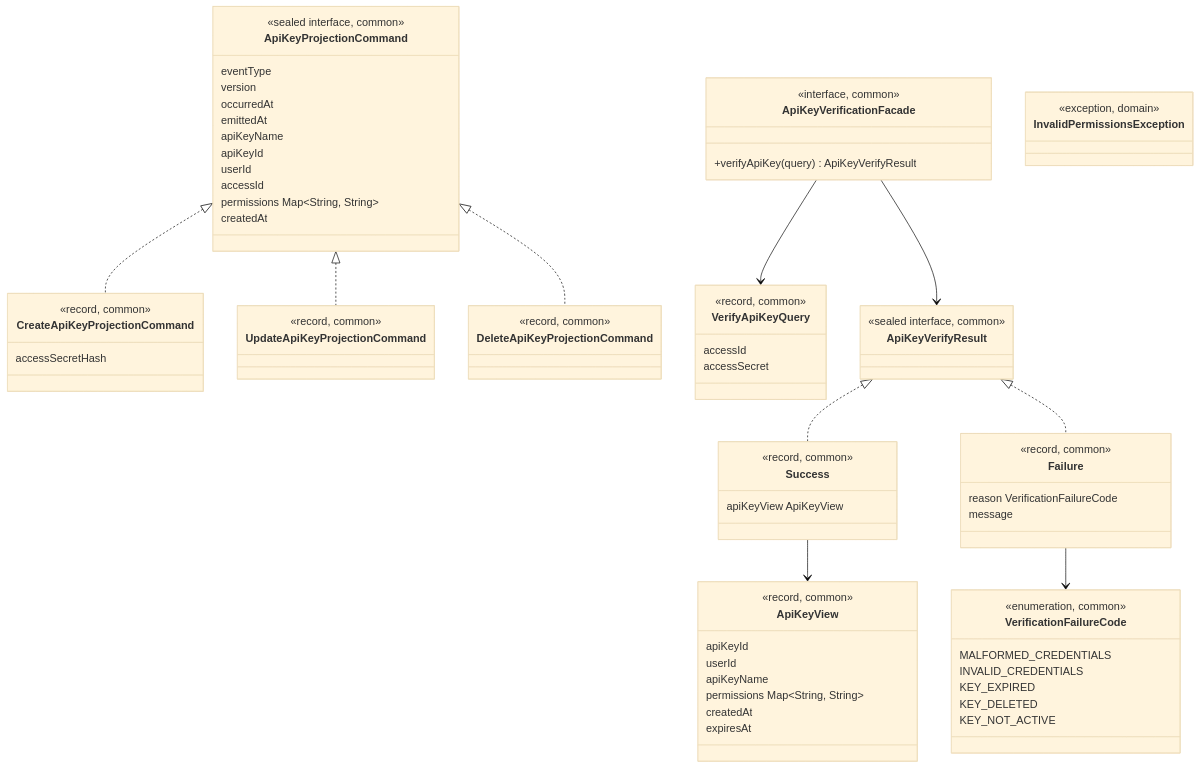
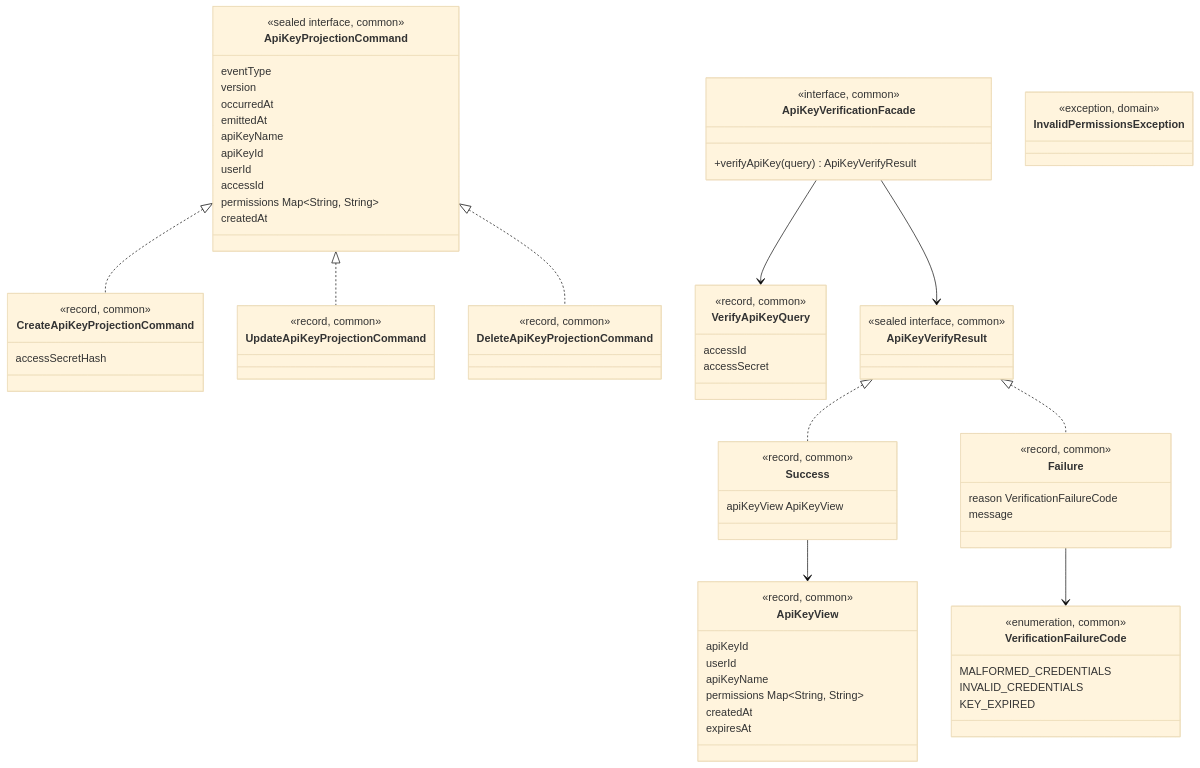
One commit to Dhiren9939/HQ-Tier0 changed the third of 14 diagrams in docs/access-context.md. Above: the diagram before and after it, drawn with Mermaid (base theme). The commit also changed other lines of this file and 30 other files, not shown here.

````diff
--- a/docs/access-context.md
+++ b/docs/access-context.md
@@ -395,77 +385,75 @@
 ```mermaid
 classDiagram
     class ApiKeyProjectionCommand {
         <<sealed interface, common>>
         eventType
         version
         occurredAt
         emittedAt
         apiKeyName
         apiKeyId
         userId
         accessId
         permissions Map~String, String~
         createdAt
     }
     class CreateApiKeyProjectionCommand {
         <<record, common>>
         accessSecretHash
     }
     class UpdateApiKeyProjectionCommand {
         <<record, common>>
     }
     class DeleteApiKeyProjectionCommand {
         <<record, common>>
     }
     class ApiKeyVerificationFacade {
         <<interface, common>>
         +verifyApiKey(query) ApiKeyVerifyResult
     }
     class VerifyApiKeyQuery {
         <<record, common>>
         accessId
         accessSecret
     }
     class ApiKeyView {
         <<record, common>>
         apiKeyId
         userId
         apiKeyName
         permissions Map~String, String~
         createdAt
         expiresAt
     }
     class ApiKeyVerifyResult {
         <<sealed interface, common>>
     }
     class Success {
         <<record, common>>
         apiKeyView ApiKeyView
     }
     class Failure {
         <<record, common>>
         reason VerificationFailureCode
         message
     }
     class VerificationFailureCode {
         <<enumeration, common>>
         MALFORMED_CREDENTIALS
         INVALID_CREDENTIALS
         KEY_EXPIRED
-        KEY_DELETED
-        KEY_NOT_ACTIVE
     }
     class InvalidPermissionsException {
         <<exception, domain>>
     }
 
     ApiKeyProjectionCommand <|.. CreateApiKeyProjectionCommand
     ApiKeyProjectionCommand <|.. UpdateApiKeyProjectionCommand
     ApiKeyProjectionCommand <|.. DeleteApiKeyProjectionCommand
     ApiKeyVerificationFacade --> VerifyApiKeyQuery
     ApiKeyVerificationFacade --> ApiKeyVerifyResult
     ApiKeyVerifyResult <|.. Success
     ApiKeyVerifyResult <|.. Failure
     Success --> ApiKeyView
     Failure --> VerificationFailureCode
 ```
````
